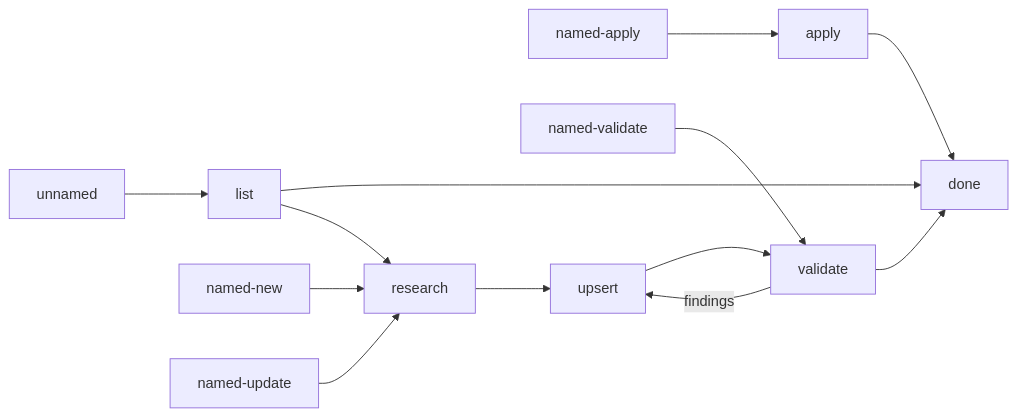
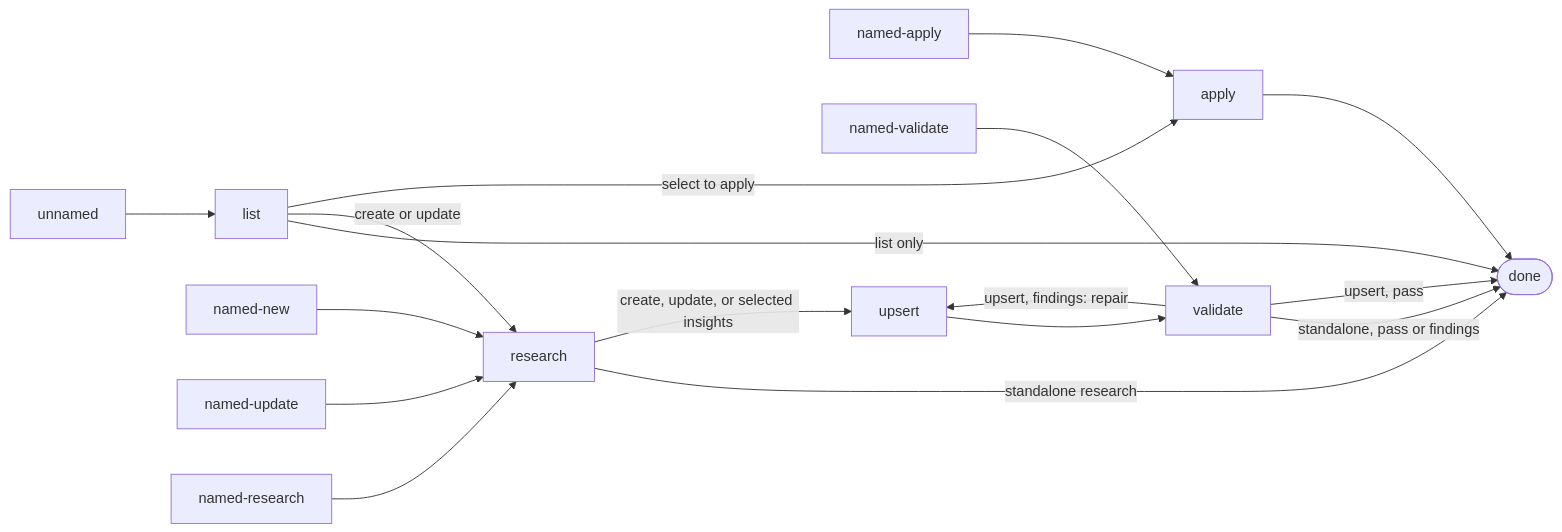
Before and after one commit to ai-driven-dev/framework: the diagram in plugins/aidd-context/skills/12-cook/SKILL.md, drawn with Mermaid. The commit also changed other lines of this file and 7 other files, not shown here.

````diff
--- a/plugins/aidd-context/skills/12-cook/SKILL.md
+++ b/plugins/aidd-context/skills/12-cook/SKILL.md
@@ -9,13 +9,19 @@
 ```mermaid
 flowchart LR
     unnamed --> list
     named-new --> research
     named-update --> research
+    named-research --> research
     named-apply --> apply
     named-validate --> validate
-    list --> done
-    list --> research
-    research --> upsert --> validate --> done
-    validate -->|findings| upsert
+    list -->|list only| done([done])
+    list -->|create or update| research
+    list -->|select to apply| apply
+    research -->|standalone research| done
+    research -->|create, update, or selected insights| upsert
+    upsert --> validate
+    validate -->|standalone, pass or findings| done
+    validate -->|upsert, pass| done
+    validate -->|upsert, findings: repair| upsert
     apply --> done
 ```
````
